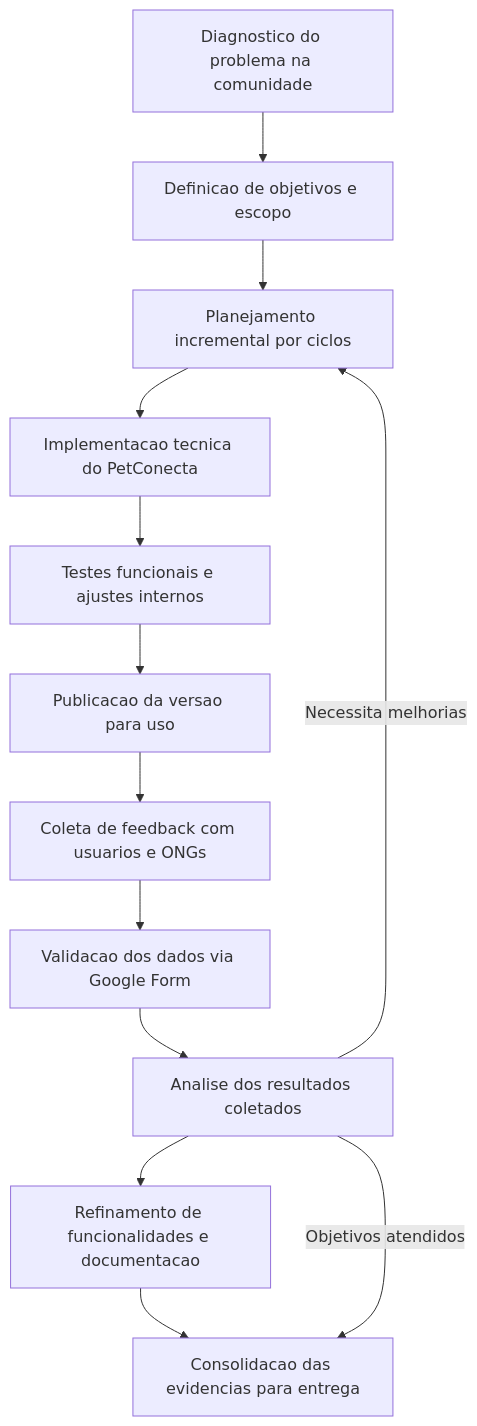
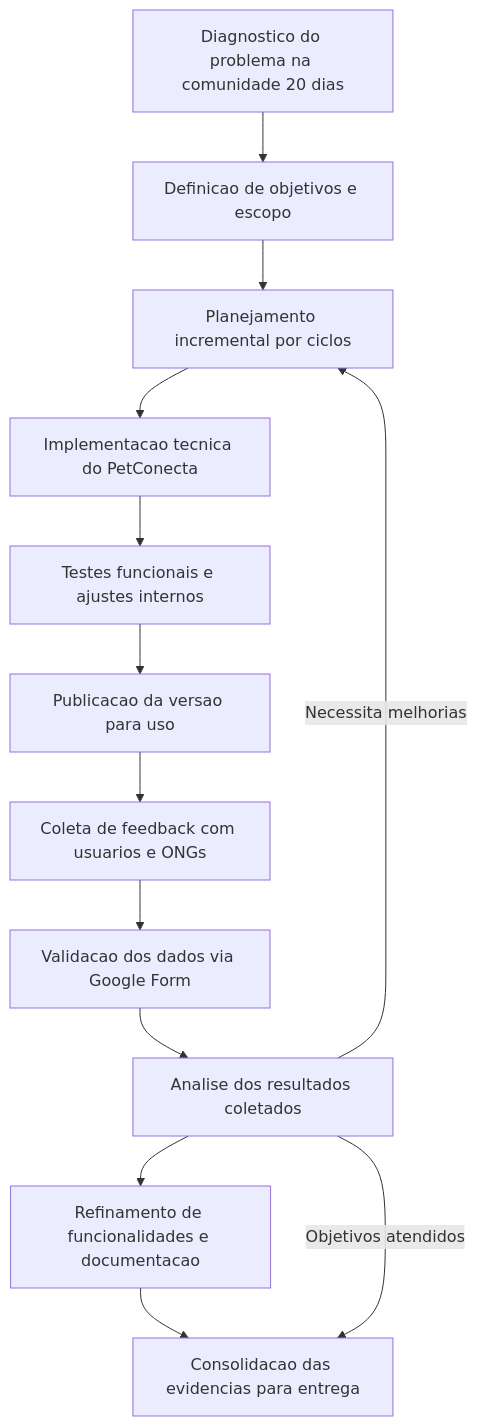
One commit to Reminsonrps/PetConecta changed the diagram in docs/diagrama-metodologia-extensionista.md. Above: the diagram before and after it, drawn with Mermaid.

````diff
--- a/docs/diagrama-metodologia-extensionista.md
+++ b/docs/diagrama-metodologia-extensionista.md
@@ -3,16 +3,16 @@
 ```mermaid
 flowchart TD
-    A[Diagnostico do problema na comunidade] --> B[Definicao de objetivos e escopo]
+    A[Diagnostico do problema na comunidade 20 dias] --> B[Definicao de objetivos e escopo]
     B --> C[Planejamento incremental por ciclos]
     C --> D[Implementacao tecnica do PetConecta]
     D --> E[Testes funcionais e ajustes internos]
     E --> F[Publicacao da versao para uso]
     F --> G[Coleta de feedback com usuarios e ONGs]
     G --> H[Validacao dos dados via Google Form]
     H --> I[Analise dos resultados coletados]
     I --> J[Refinamento de funcionalidades e documentacao]
     J --> K[Consolidacao das evidencias para entrega]
 
     I -- Necessita melhorias --> C
     I -- Objetivos atendidos --> K
 ```
````
